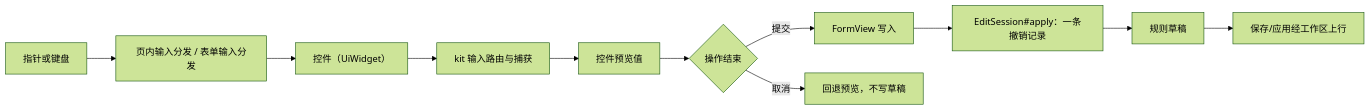
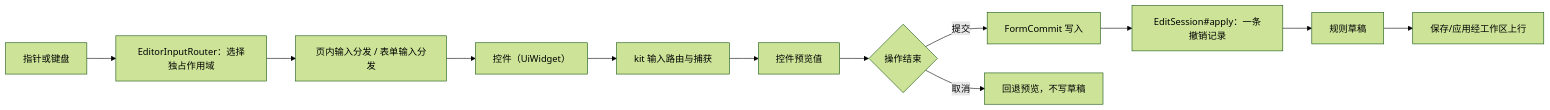
Before and after one commit to meteoritel/item-despawn-to-what: the third of 3 diagrams in docs/modules/client-ui.md, drawn with Mermaid (forest theme). The commit also changed other lines of this file and 4 other files, not shown here.

First line of the commit message:
docs(architecture): 同步编辑分区所有权与输入作用域

````diff
--- a/docs/modules/client-ui.md
+++ b/docs/modules/client-ui.md
@@ -147,13 +150,14 @@
 ```mermaid
 flowchart LR
-    A["指针或键盘"] --> B["页内输入分发 / 表单输入分发"]
+    A["指针或键盘"] --> S["EditorInputRouter：选择独占作用域"]
+    S --> B["页内输入分发 / 表单输入分发"]
     B --> C["控件（UiWidget）"]
     C --> D["kit 输入路由与捕获"]
     D --> E["控件预览值"]
     E --> F{"操作结束"}
-    F -->|提交| G["FormView 写入"]
+    F -->|提交| G["FormCommit 写入"]
     F -->|取消| H["回退预览，不写草稿"]
     G --> I["EditSession#apply：一条撤销记录"]
     I --> J["规则草稿"]
     J --> K["保存/应用经工作区上行"]
 ```
````
